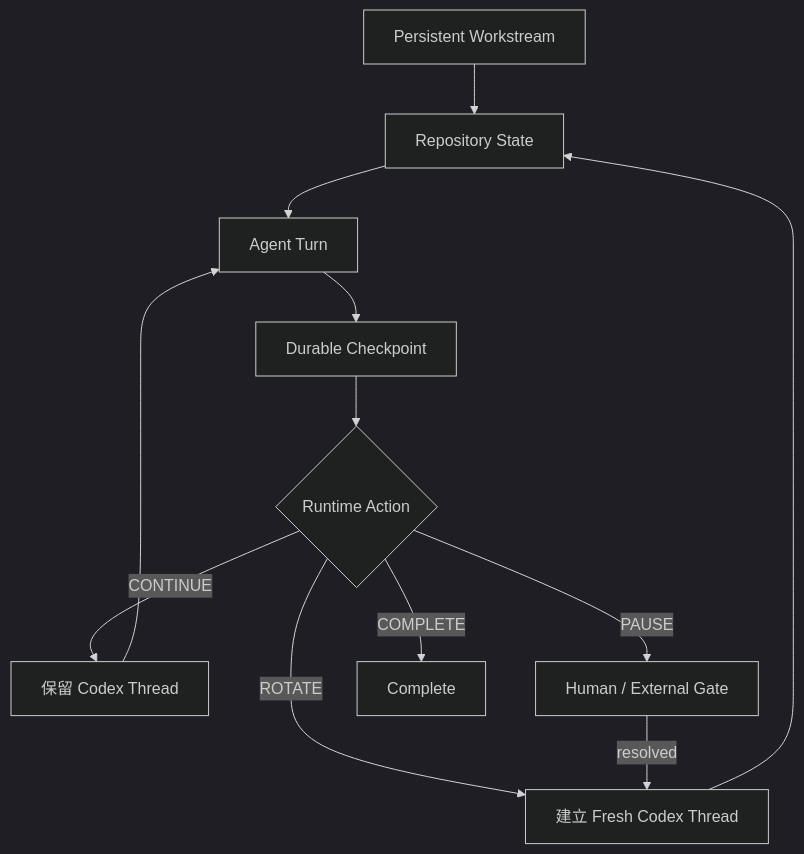
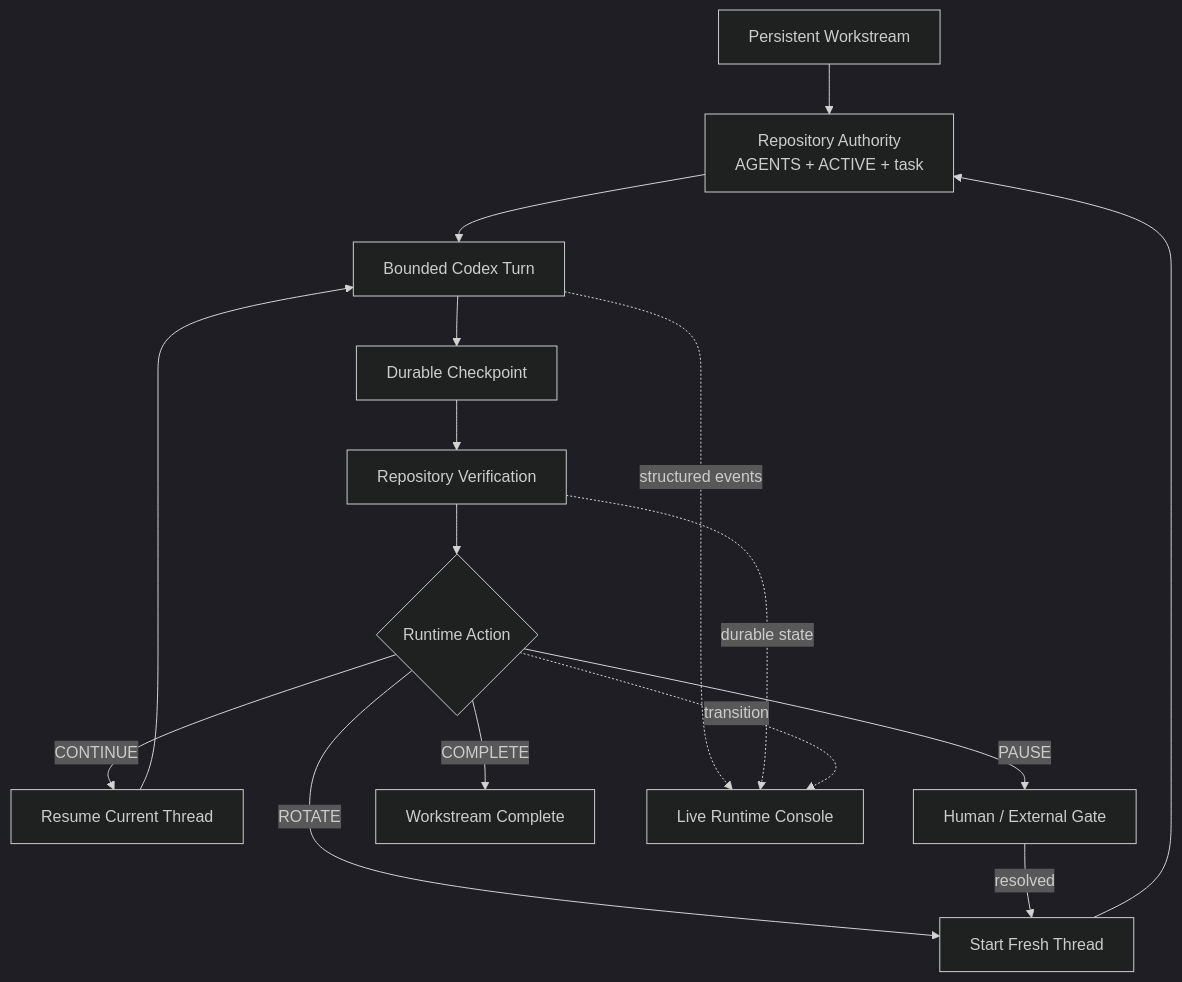
Before and after one commit to hanklin9188/repository-state-agent-workflow: the diagram in README.zh-TW.md, drawn with Mermaid (dark theme). The commit also changed other lines of this file and 31 other files, not shown here.

Commit message:
feat: add live terminal runtime console

````diff
--- a/README.zh-TW.md
+++ b/README.zh-TW.md
@@ -131,19 +192,24 @@
 ```mermaid
 flowchart TD
     W[Persistent Workstream]
-    S[Repository State]
-    A[Agent Turn]
+    S[Repository Authority\nAGENTS + ACTIVE + task]
+    A[Bounded Codex Turn]
     C[Durable Checkpoint]
+    V[Repository Verification]
     G{Runtime Action}
-    K[保留 Codex Thread]
-    R[建立 Fresh Codex Thread]
+    K[Resume Current Thread]
+    R[Start Fresh Thread]
     P[Human / External Gate]
-    D[Complete]
+    D[Workstream Complete]
+    U[Live Runtime Console]
 
-    W --> S --> A --> C --> G
+    W --> S --> A --> C --> V --> G
+    A -. structured events .-> U
+    V -. durable state .-> U
+    G -. transition .-> U
     G -->|CONTINUE| K --> A
     G -->|ROTATE| R --> S
     G -->|PAUSE| P
     P -->|resolved| R
     G -->|COMPLETE| D
 ```
````
